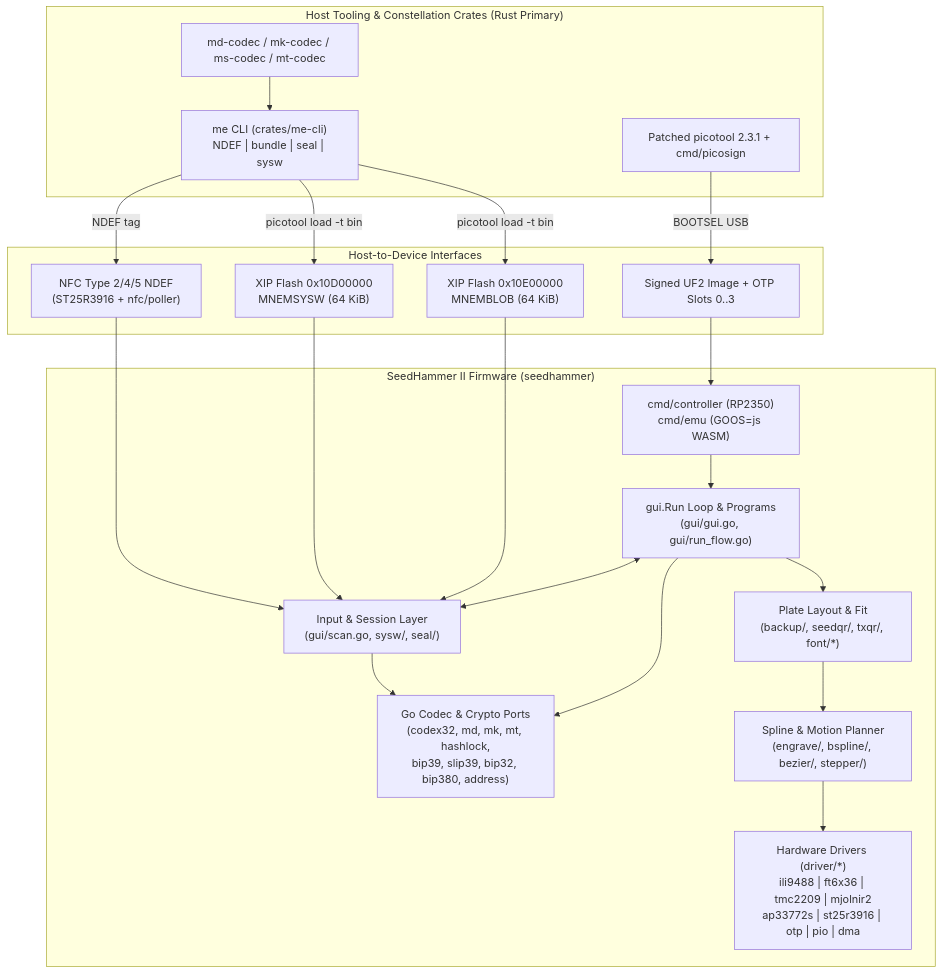
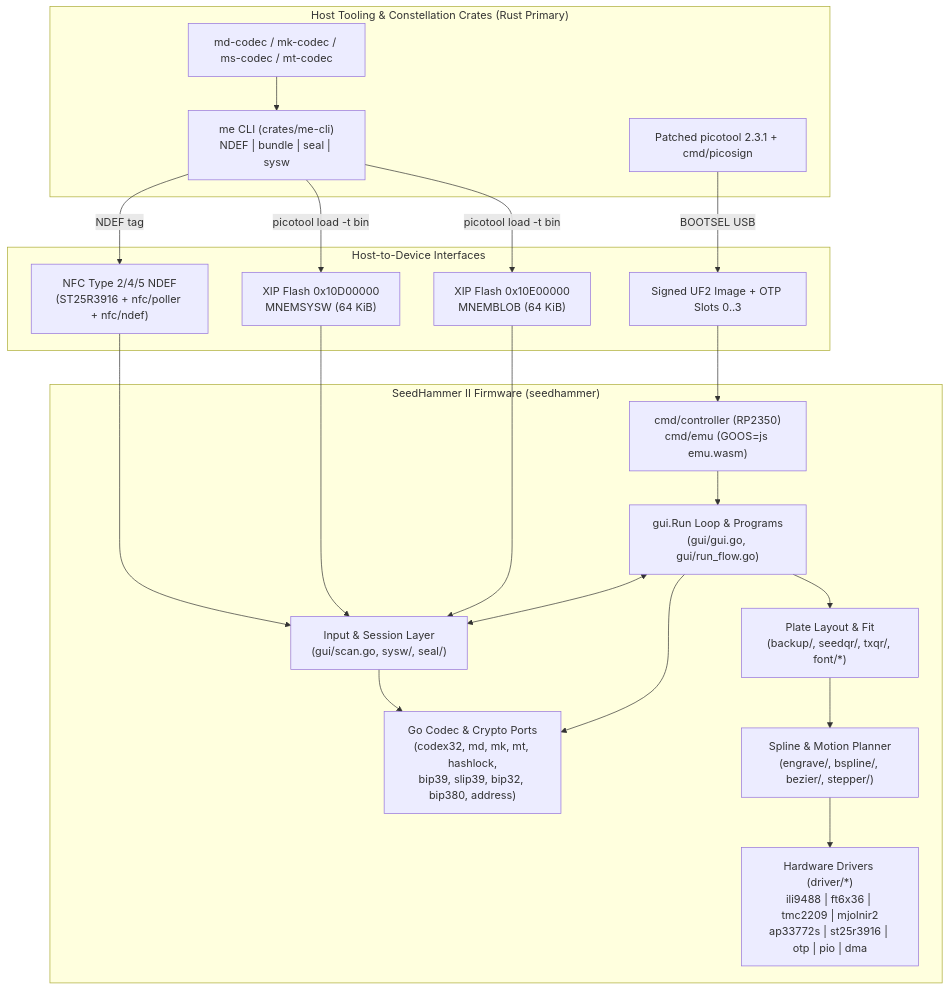
Before and after one commit to bg002h/mnemonic-engrave: the diagram in design/firmware-architecture/ARCHITECTURE.md, drawn with Mermaid. The commit also changed other lines of this file and 3 other files, not shown here.

First line of the commit message:
docs(firmware-architecture): fold Codex architecture and host-interface review findings

````diff
--- a/design/firmware-architecture/ARCHITECTURE.md
+++ b/design/firmware-architecture/ARCHITECTURE.md
@@ -26,43 +27,43 @@
 ```mermaid
 flowchart TD
     subgraph Host["Host Tooling & Constellation Crates (Rust Primary)"]
         Codecs["md-codec / mk-codec / ms-codec / mt-codec"]
         ME["me CLI (crates/me-cli)<br/>NDEF | bundle | seal | sysw"]
         Picotool["Patched picotool 2.3.1 + cmd/picosign"]
         Codecs --> ME
     end
 
     subgraph Transport["Host-to-Device Interfaces"]
-        NFC["NFC Type 2/4/5 NDEF<br/>(ST25R3916 + nfc/poller)"]
+        NFC["NFC Type 2/4/5 NDEF<br/>(ST25R3916 + nfc/poller + nfc/ndef)"]
         FlashSysw["XIP Flash 0x10D00000<br/>MNEMSYSW (64 KiB)"]
         FlashSeal["XIP Flash 0x10E00000<br/>MNEMBLOB (64 KiB)"]
         UF2["Signed UF2 Image + OTP Slots 0..3"]
     end
 
     ME -->|"NDEF tag"| NFC
     ME -->|"picotool load -t bin"| FlashSysw
     ME -->|"picotool load -t bin"| FlashSeal
     Picotool -->|"BOOTSEL USB"| UF2
 
     subgraph Firmware["SeedHammer II Firmware (seedhammer)"]
-        Entry["cmd/controller (RP2350)<br/>cmd/emu (GOOS=js WASM)"]
+        Entry["cmd/controller (RP2350)<br/>cmd/emu (GOOS=js emu.wasm)"]
         GUI["gui.Run Loop & Programs<br/>(gui/gui.go, gui/run_flow.go)"]
         Scan["Input & Session Layer<br/>(gui/scan.go, sysw/, seal/)"]
         Domain["Go Codec & Crypto Ports<br/>(codex32, md, mk, mt, hashlock,<br/>bip39, slip39, bip32, bip380, address)"]
         Layout["Plate Layout & Fit<br/>(backup/, seedqr/, txqr/, font/*)"]
         Plan["Spline & Motion Planner<br/>(engrave/, bspline/, bezier/, stepper/)"]
         Drivers["Hardware Drivers (driver/*)<br/>ili9488 | ft6x36 | tmc2209 | mjolnir2<br/>ap33772s | st25r3916 | otp | pio | dma"]
     end
 
     NFC --> Scan
     FlashSysw --> Scan
     FlashSeal --> Scan
     UF2 --> Entry
     Entry --> GUI
     GUI <--> Scan
     GUI --> Domain
     Scan --> Domain
     GUI --> Layout
     Layout --> Plan
     Plan --> Drivers
 ```
````
